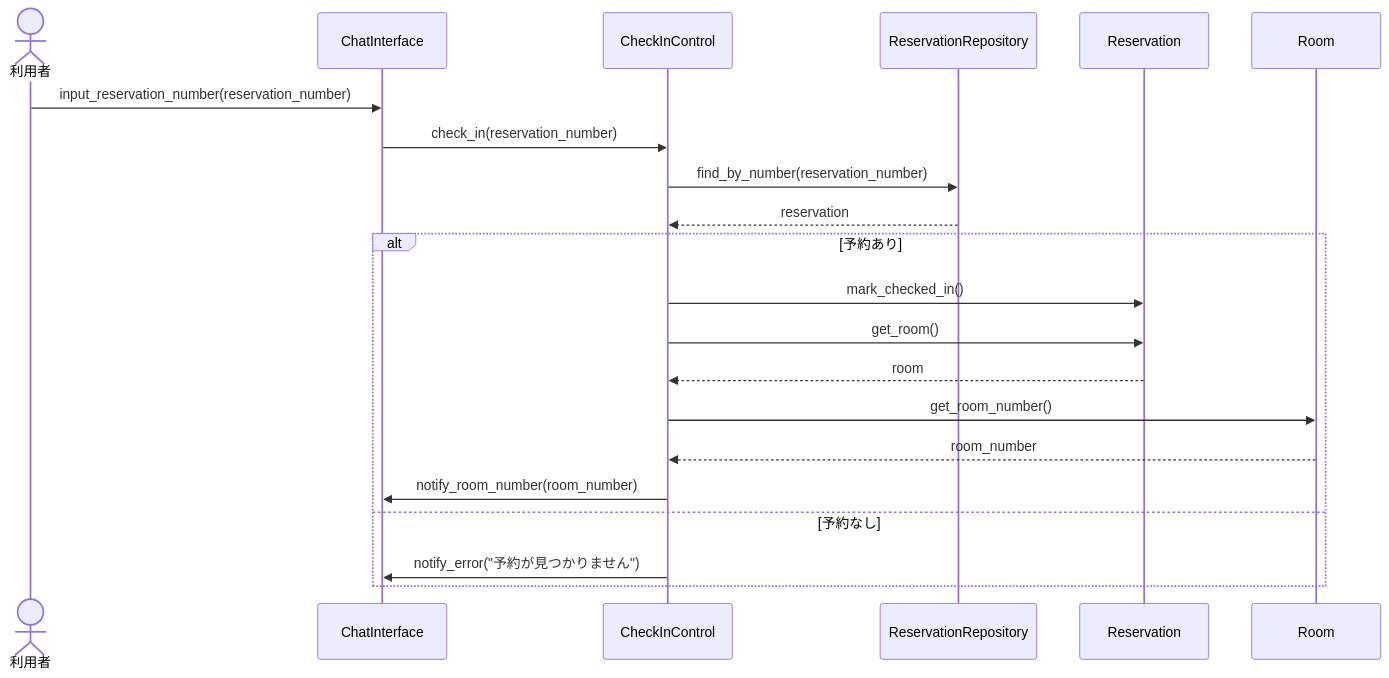
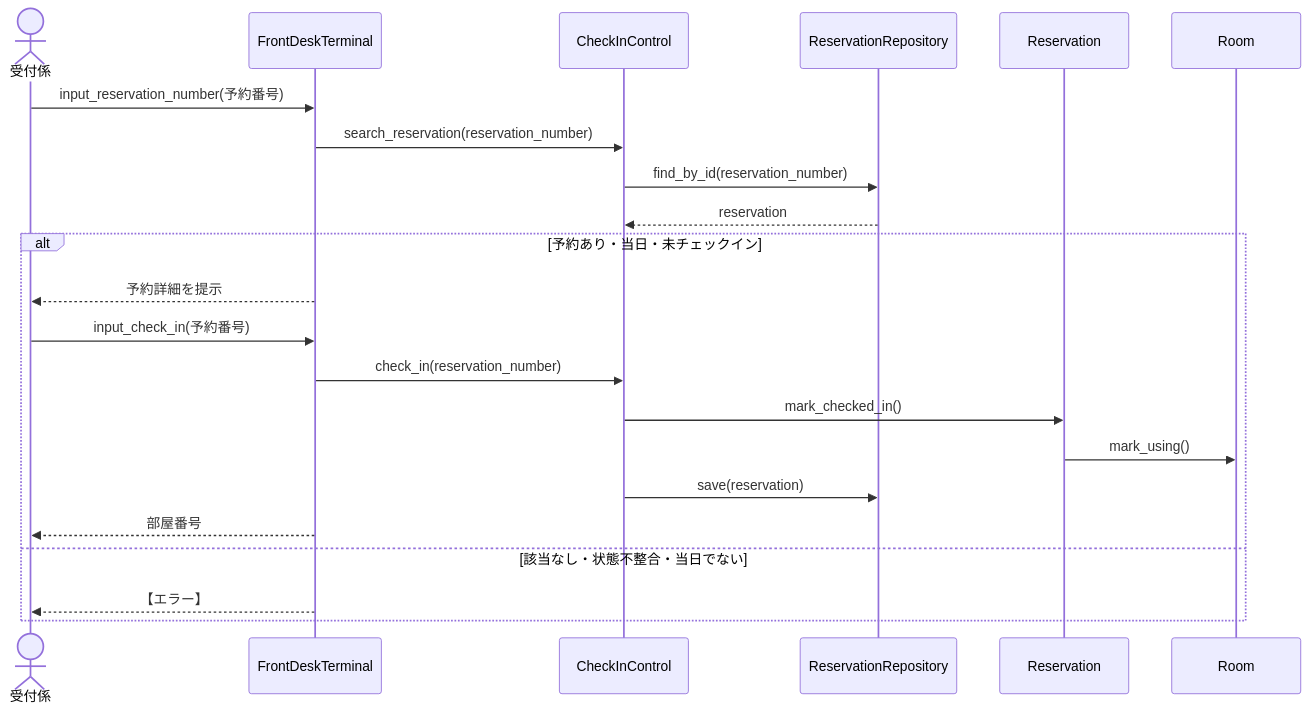
The fifth of 6 diagrams in Design.md (Kohki-tyl/HRS), drawn with Mermaid before and after one commit. The commit also changed other lines of this file, not shown here.

````diff
--- a/Design.md
+++ b/Design.md
@@ -305,24 +350,25 @@
 ```mermaid
 sequenceDiagram
-    actor G as 利用者
-    participant CI as ChatInterface
+    actor R as 受付係
+    participant FD as FrontDeskTerminal
     participant KC as CheckInControl
     participant REPO as ReservationRepository
     participant RV as Reservation
     participant RM as Room
 
-    G->>CI: input_reservation_number(reservation_number)
-    CI->>KC: check_in(reservation_number)
-    KC->>REPO: find_by_number(reservation_number)
+    R->>FD: input_reservation_number(予約番号)
+    FD->>KC: search_reservation(reservation_number)
+    KC->>REPO: find_by_id(reservation_number)
     REPO-->>KC: reservation
-    alt 予約あり
+    alt 予約あり・当日・未チェックイン
+        FD-->>R: 予約詳細を提示
+        R->>FD: input_check_in(予約番号)
+        FD->>KC: check_in(reservation_number)
         KC->>RV: mark_checked_in()
-        KC->>RV: get_room()
-        RV-->>KC: room
-        KC->>RM: get_room_number()
-        RM-->>KC: room_number
-        KC->>CI: notify_room_number(room_number)
-    else 予約なし
-        KC->>CI: notify_error("予約が見つかりません")
+        RV->>RM: mark_using()
+        KC->>REPO: save(reservation)
+        FD-->>R: 部屋番号
+    else 該当なし・状態不整合・当日でない
+        FD-->>R: 【エラー】
     end
 ```
````
